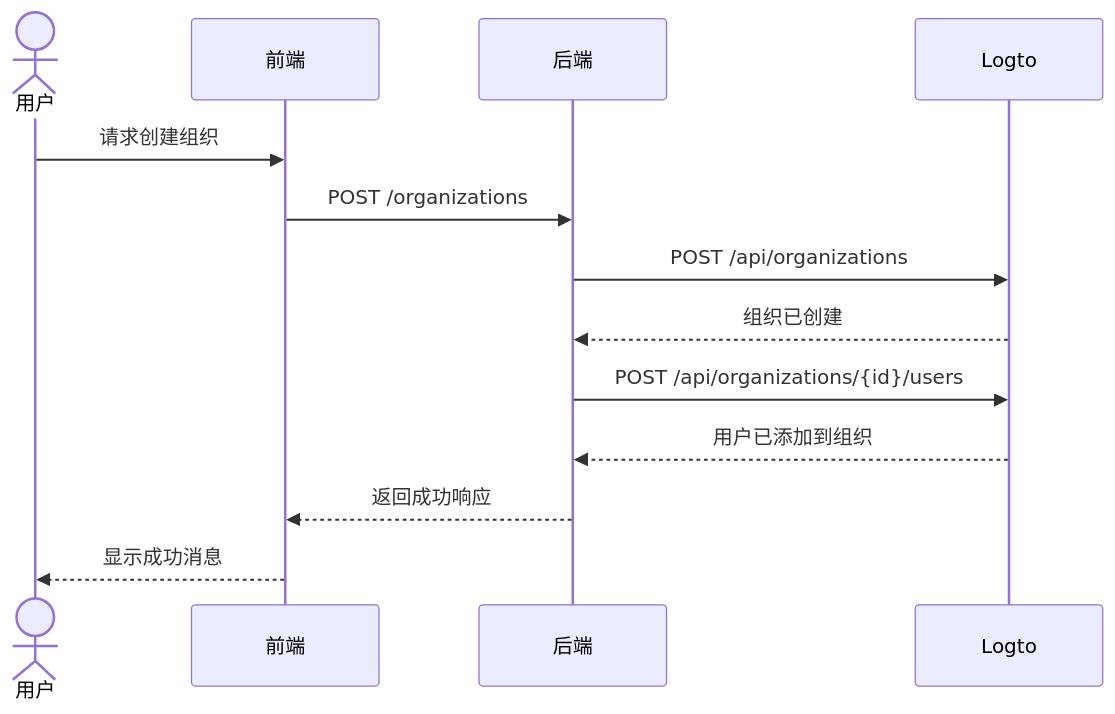
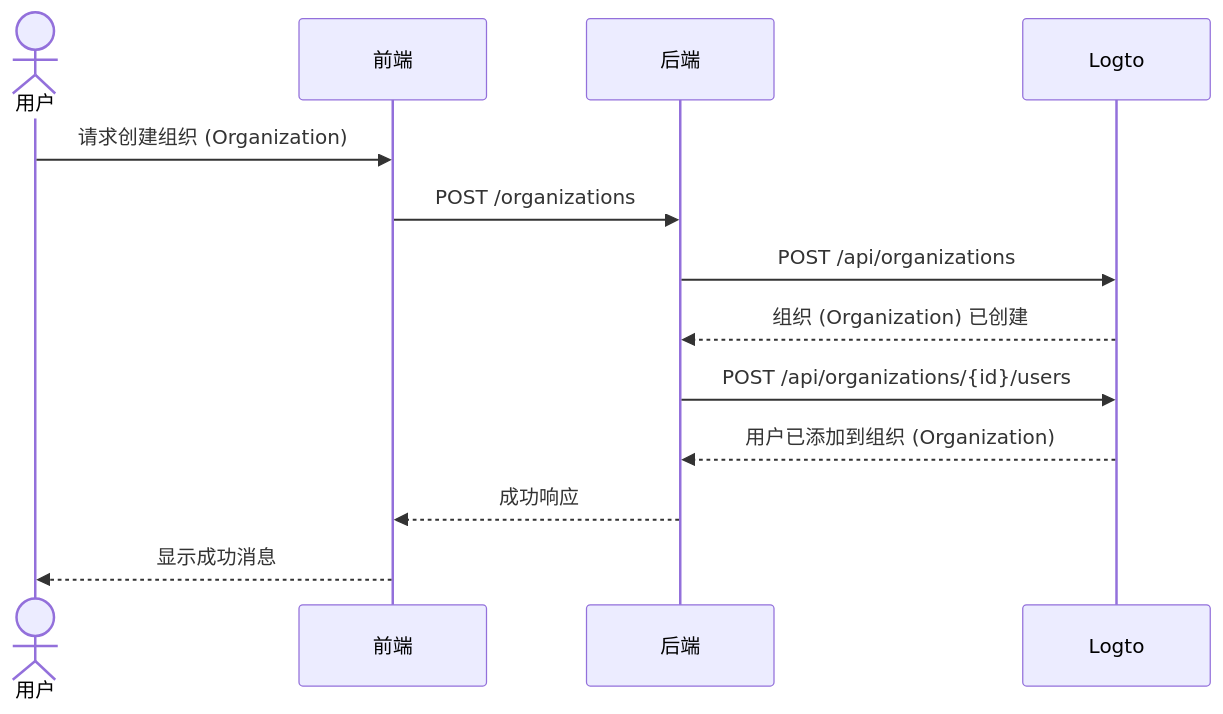
Before and after one commit to logto-io/docs: the diagram in i18n/zh-CN/docusaurus-plugin-content-docs/current/end-user-flows/organization-experience/README.mdx, drawn with Mermaid. The commit also changed other lines of this file and 19 other files, not shown here.

````diff
--- a/i18n/zh-CN/docusaurus-plugin-content-docs/current/end-user-flows/organization-experience/README.mdx
+++ b/i18n/zh-CN/docusaurus-plugin-content-docs/current/end-user-flows/organization-experience/README.mdx
@@ -27,16 +27,16 @@
 ```mermaid
 sequenceDiagram
   actor 用户
   participant 前端
   participant 后端
   participant Logto
 
-  用户->>前端: 请求创建组织
+  用户->>前端: 请求创建组织 (Organization)
   前端->>后端: POST /organizations
   后端->>Logto: POST /api/organizations
-  Logto-->>后端: 组织已创建
+  Logto-->>后端: 组织 (Organization) 已创建
   后端->>Logto: POST /api/organizations/{id}/users
-  Logto-->>后端: 用户已添加到组织
-  后端-->>前端: 返回成功响应
+  Logto-->>后端: 用户已添加到组织 (Organization)
+  后端-->>前端: 成功响应
   前端-->>用户: 显示成功消息
 ```
````
